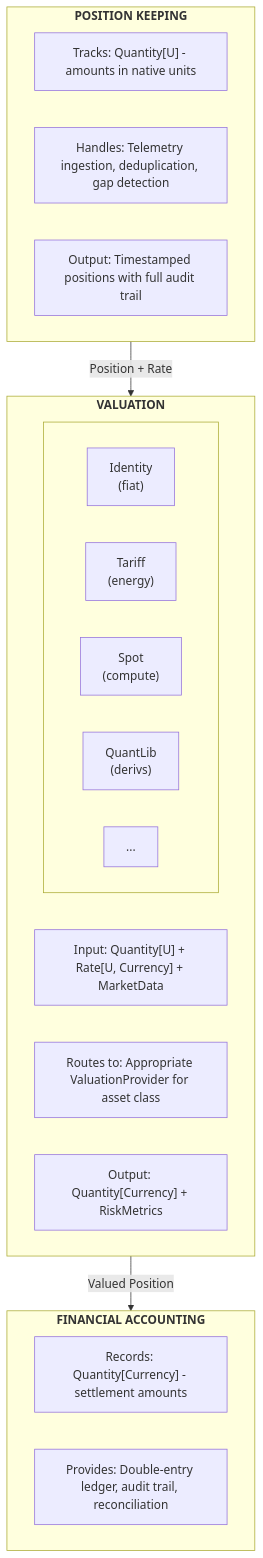
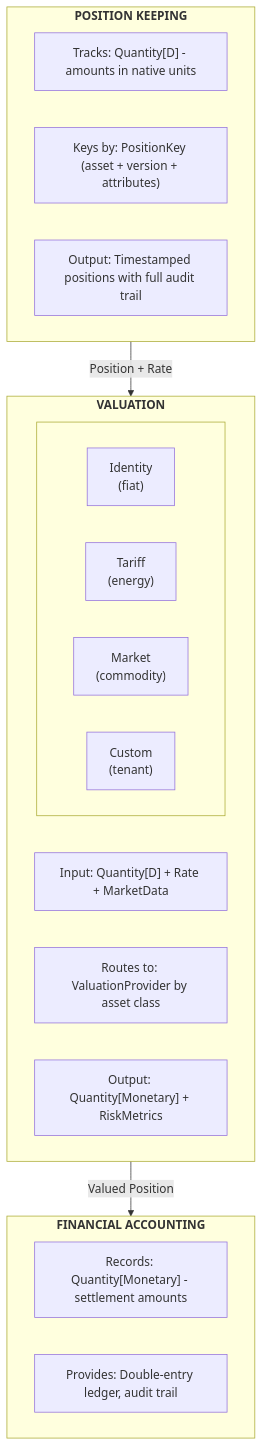
Before and after one commit to meridianhub/meridian: the third of 3 diagrams in docs/adr/0013-generic-asset-quantity-types.md, drawn with Mermaid. The commit also changed other lines of this file, not shown here.

First line of the commit message:
refactor: Adopt 3-layer Dimensional Hybrid pattern for asset types

````diff
--- a/docs/adr/0013-generic-asset-quantity-types.md
+++ b/docs/adr/0013-generic-asset-quantity-types.md
@@ -158,31 +240,30 @@
 ```mermaid
 flowchart TB
     subgraph PK["<b>POSITION KEEPING</b>"]
-        PK1["Tracks: Quantity[U] - amounts in native units"]
-        PK2["Handles: Telemetry ingestion, deduplication, gap detection"]
+        PK1["Tracks: Quantity[D] - amounts in native units"]
+        PK2["Keys by: PositionKey (asset + version + attributes)"]
         PK3["Output: Timestamped positions with full audit trail"]
     end
 
     subgraph VAL["<b>VALUATION</b>"]
-        VAL1["Input: Quantity[U] + Rate[U, Currency] + MarketData"]
-        VAL2["Routes to: Appropriate ValuationProvider for asset class"]
-        VAL3["Output: Quantity[Currency] + RiskMetrics"]
+        VAL1["Input: Quantity[D] + Rate + MarketData"]
+        VAL2["Routes to: ValuationProvider by asset class"]
+        VAL3["Output: Quantity[Monetary] + RiskMetrics"]
 
         subgraph Providers[" "]
             direction LR
             P1["Identity<br/>(fiat)"]
             P2["Tariff<br/>(energy)"]
-            P3["Spot<br/>(compute)"]
-            P4["QuantLib<br/>(derivs)"]
-            P5["..."]
+            P3["Market<br/>(commodity)"]
+            P4["Custom<br/>(tenant)"]
         end
     end
 
     subgraph FA["<b>FINANCIAL ACCOUNTING</b>"]
-        FA1["Records: Quantity[Currency] - settlement amounts"]
-        FA2["Provides: Double-entry ledger, audit trail, reconciliation"]
+        FA1["Records: Quantity[Monetary] - settlement amounts"]
+        FA2["Provides: Double-entry ledger, audit trail"]
     end
 
     PK -->|"Position + Rate"| VAL
     VAL -->|"Valued Position"| FA
 ```
````
